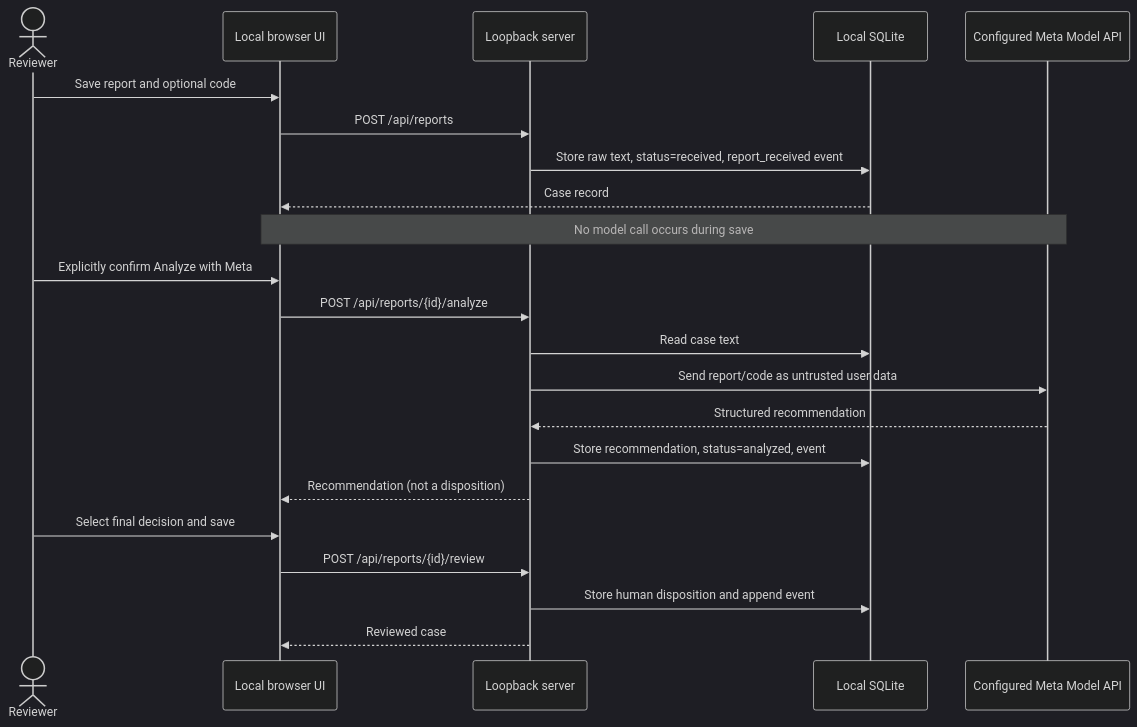
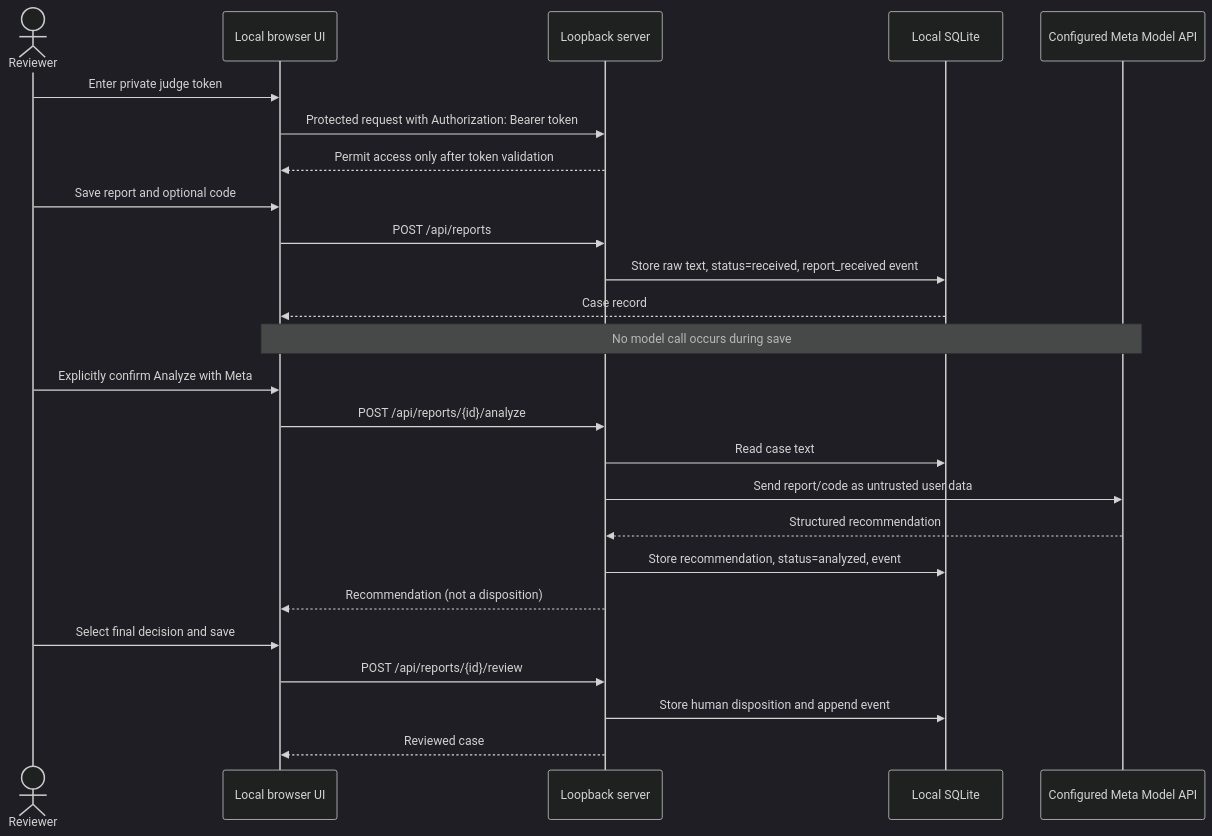
One commit to aimenhamzi01-dot/mizan changed the first of 2 diagrams in docs/ARCHITECTURE.md. Above: the diagram before and after it, drawn with Mermaid (dark theme). The commit also changed other lines of this file and 11 other files, not shown here.

Commit message:
Add judge Bearer token authentication

````diff
--- a/docs/ARCHITECTURE.md
+++ b/docs/ARCHITECTURE.md
@@ -17,25 +17,28 @@
 ```mermaid
 sequenceDiagram
     actor Reviewer
     participant UI as Local browser UI
     participant API as Loopback server
     participant DB as Local SQLite
     participant Model as Configured Meta Model API
 
+    Reviewer->>UI: Enter private judge token
+    UI->>API: Protected request with Authorization: Bearer token
+    API-->>UI: Permit access only after token validation
     Reviewer->>UI: Save report and optional code
     UI->>API: POST /api/reports
     API->>DB: Store raw text, status=received, report_received event
     DB-->>UI: Case record
     Note over UI,Model: No model call occurs during save
     Reviewer->>UI: Explicitly confirm Analyze with Meta
     UI->>API: POST /api/reports/{id}/analyze
     API->>DB: Read case text
     API->>Model: Send report/code as untrusted user data
     Model-->>API: Structured recommendation
     API->>DB: Store recommendation, status=analyzed, event
     API-->>UI: Recommendation (not a disposition)
     Reviewer->>UI: Select final decision and save
     UI->>API: POST /api/reports/{id}/review
     API->>DB: Store human disposition and append event
     API-->>UI: Reviewed case
 ```
````
